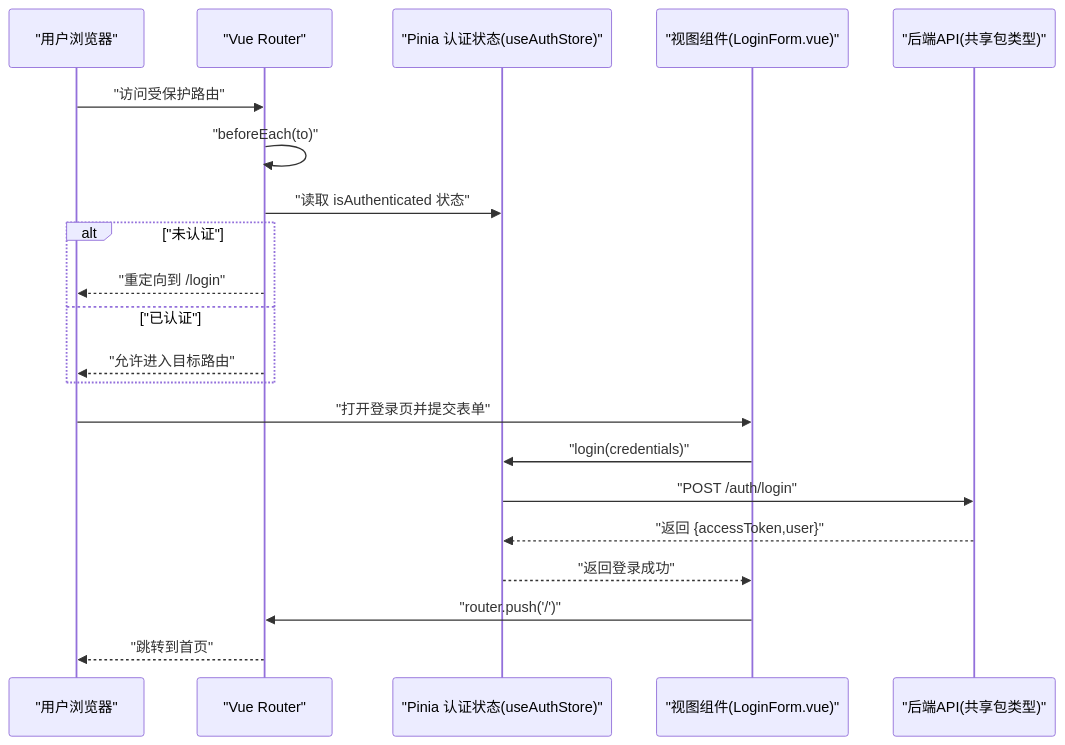
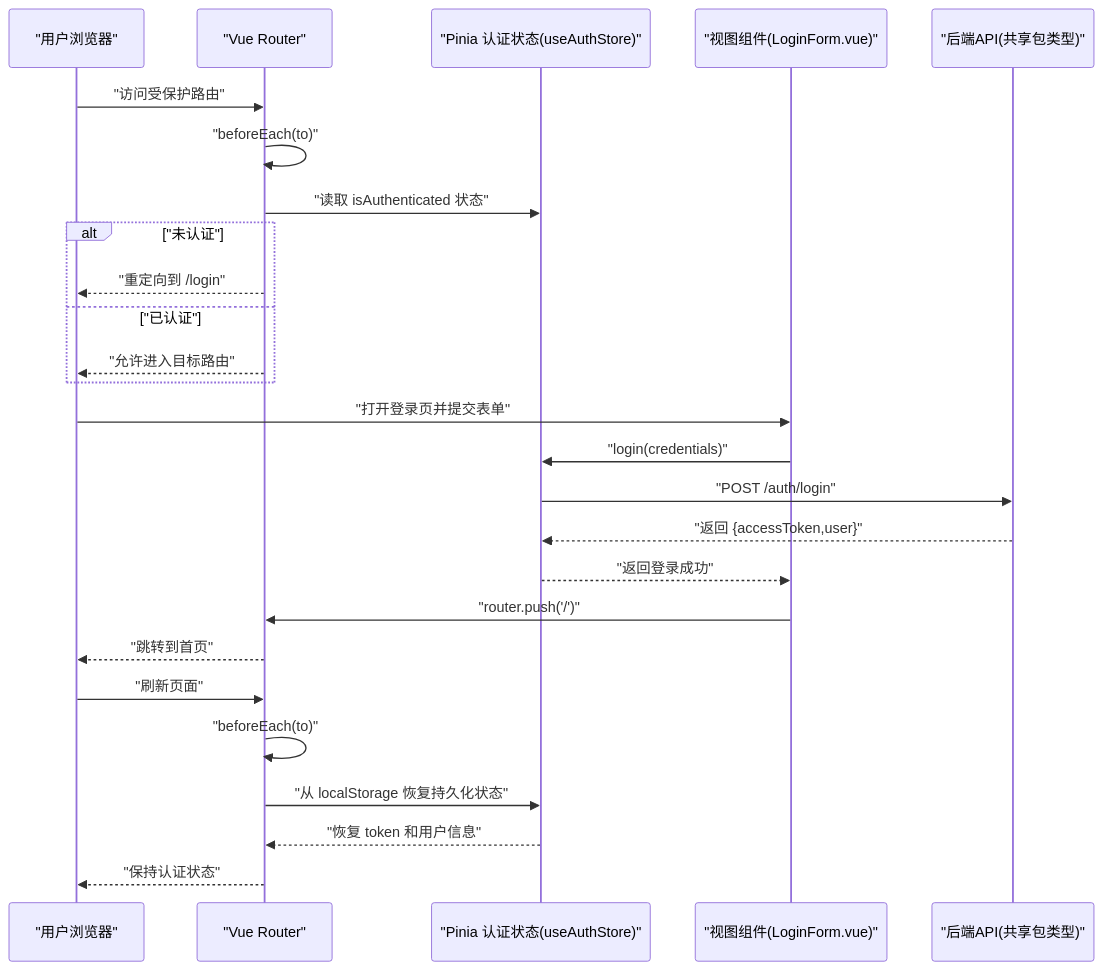
Before and after one commit to xixixiaoyu/vue3-nest-template: the second of 5 diagrams in .qoder/repowiki/zh/content/前端应用/路由系统/导航守卫与权限控制.md, drawn with Mermaid. The commit also changed other lines of this file and 5 other files, not shown here.

````diff
--- a/.qoder/repowiki/zh/content/前端应用/路由系统/导航守卫与权限控制.md
+++ b/.qoder/repowiki/zh/content/前端应用/路由系统/导航守卫与权限控制.md
@@ -89,23 +97,28 @@
 ```mermaid
 sequenceDiagram
 participant U as "用户浏览器"
 participant R as "Vue Router"
 participant S as "Pinia 认证状态(useAuthStore)"
 participant V as "视图组件(LoginForm.vue)"
 participant API as "后端API(共享包类型)"
 U->>R : "访问受保护路由"
 R->>R : "beforeEach(to)"
 R->>S : "读取 isAuthenticated 状态"
 alt "未认证"
 R-->>U : "重定向到 /login"
 else "已认证"
 R-->>U : "允许进入目标路由"
 end
 U->>V : "打开登录页并提交表单"
 V->>S : "login(credentials)"
 S->>API : "POST /auth/login"
 API-->>S : "返回 {accessToken,user}"
 S-->>V : "返回登录成功"
 V->>R : "router.push('/')"
 R-->>U : "跳转到首页"
+U->>R : "刷新页面"
+R->>R : "beforeEach(to)"
+R->>S : "从 localStorage 恢复持久化状态"
+S-->>R : "恢复 token 和用户信息"
+R-->>U : "保持认证状态"
 ```
````
